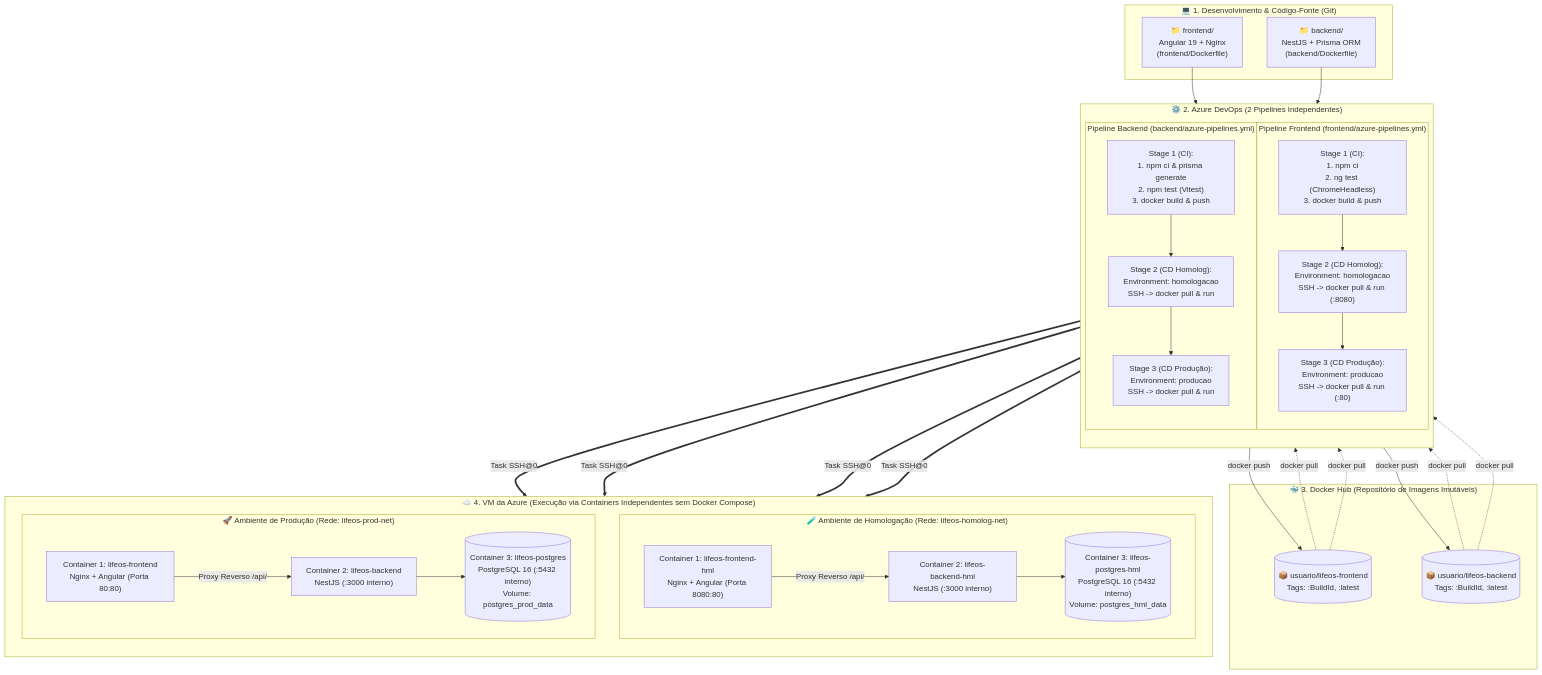
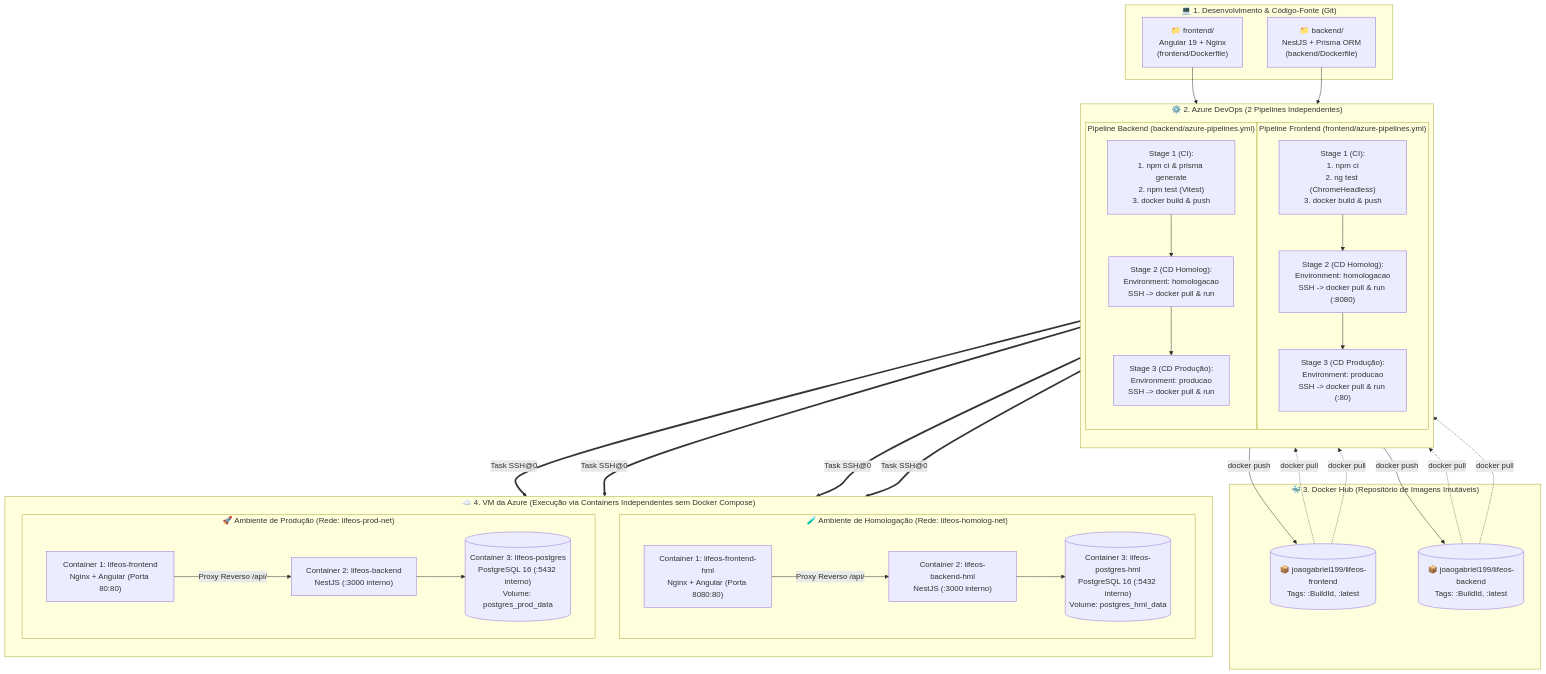
Before and after one commit to GabrielJoao19/APP_PESSOAL: the second of 2 diagrams in ARQUITETURA_DEVOPS.md, drawn with Mermaid. The commit also changed other lines of this file and 2 other files, not shown here.

Commit message:
chore(devops): definir usuario joaogabriel199 do Docker Hub nas pipelines e na documentacao

````diff
--- a/ARQUITETURA_DEVOPS.md
+++ b/ARQUITETURA_DEVOPS.md
@@ -36,55 +36,55 @@
 ```mermaid
 flowchart TB
     subgraph DEV ["💻 1. Desenvolvimento & Código-Fonte (Git)"]
         CODE_FE["📁 frontend/\nAngular 19 + Nginx\n(frontend/Dockerfile)"]
         CODE_BE["📁 backend/\nNestJS + Prisma ORM\n(backend/Dockerfile)"]
     end
 
     subgraph AZDO ["⚙️ 2. Azure DevOps (2 Pipelines Independentes)"]
         direction TB
         subgraph PIPE_FE ["Pipeline Frontend (frontend/azure-pipelines.yml)"]
             CI_FE["Stage 1 (CI):\n1. npm ci\n2. ng test (ChromeHeadless)\n3. docker build & push"]
             CD_FE_HML["Stage 2 (CD Homolog):\nEnvironment: homologacao\nSSH -> docker pull & run (:8080)"]
             CD_FE_PROD["Stage 3 (CD Produção):\nEnvironment: producao\nSSH -> docker pull & run (:80)"]
             CI_FE --> CD_FE_HML --> CD_FE_PROD
         end
 
         subgraph PIPE_BE ["Pipeline Backend (backend/azure-pipelines.yml)"]
             CI_BE["Stage 1 (CI):\n1. npm ci & prisma generate\n2. npm test (Vitest)\n3. docker build & push"]
             CD_BE_HML["Stage 2 (CD Homolog):\nEnvironment: homologacao\nSSH -> docker pull & run"]
             CD_BE_PROD["Stage 3 (CD Produção):\nEnvironment: producao\nSSH -> docker pull & run"]
             CI_BE --> CD_BE_HML --> CD_BE_PROD
         end
     end
 
     subgraph HUB ["🐳 3. Docker Hub (Repositório de Imagens Imutáveis)"]
-        IMG_FE[("📦 usuario/lifeos-frontend\nTags: :BuildId, :latest")]
-        IMG_BE[("📦 usuario/lifeos-backend\nTags: :BuildId, :latest")]
+        IMG_FE[("📦 joaogabriel199/lifeos-frontend\nTags: :BuildId, :latest")]
+        IMG_BE[("📦 joaogabriel199/lifeos-backend\nTags: :BuildId, :latest")]
     end
 
     subgraph AZURE_VM ["☁️ 4. VM da Azure (Execução via Containers Independentes sem Docker Compose)"]
         direction TB
         subgraph HML_ENV ["🧪 Ambiente de Homologação (Rede: lifeos-homolog-net)"]
             H_FE["Container 1: lifeos-frontend-hml\nNginx + Angular (Porta 8080:80)"]
             H_BE["Container 2: lifeos-backend-hml\nNestJS (:3000 interno)"]
             H_DB[("Container 3: lifeos-postgres-hml\nPostgreSQL 16 (:5432 interno)\nVolume: postgres_hml_data")]
             H_FE -- "Proxy Reverso /api/" --> H_BE --> H_DB
         end
 
         subgraph PROD_ENV ["🚀 Ambiente de Produção (Rede: lifeos-prod-net)"]
             P_FE["Container 1: lifeos-frontend\nNginx + Angular (Porta 80:80)"]
             P_BE["Container 2: lifeos-backend\nNestJS (:3000 interno)"]
             P_DB[("Container 3: lifeos-postgres\nPostgreSQL 16 (:5432 interno)\nVolume: postgres_prod_data")]
             P_FE -- "Proxy Reverso /api/" --> P_BE --> P_DB
         end
     end
 
     CODE_FE --> CI_FE
     CODE_BE --> CI_BE
     CI_FE -- "docker push" --> IMG_FE
     CI_BE -- "docker push" --> IMG_BE
     IMG_FE -. "docker pull" .-> CD_FE_HML & CD_FE_PROD
     IMG_BE -. "docker pull" .-> CD_BE_HML & CD_BE_PROD
     CD_FE_HML & CD_BE_HML == "Task SSH@0" ==> HML_ENV
     CD_FE_PROD & CD_BE_PROD == "Task SSH@0" ==> PROD_ENV
 ```
````
